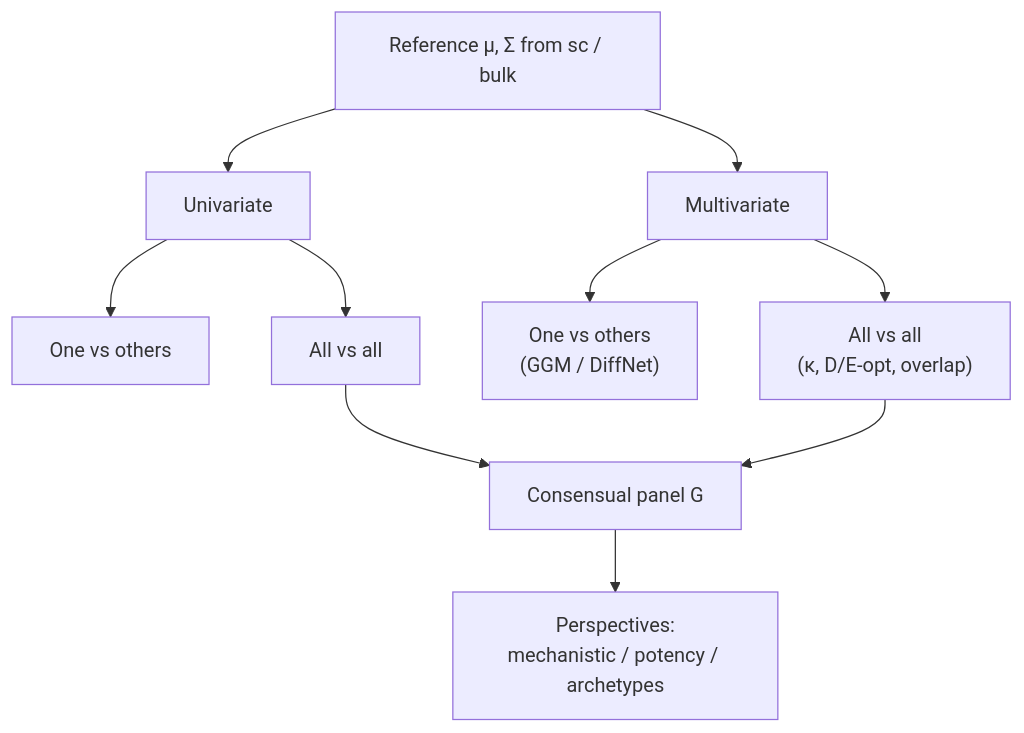
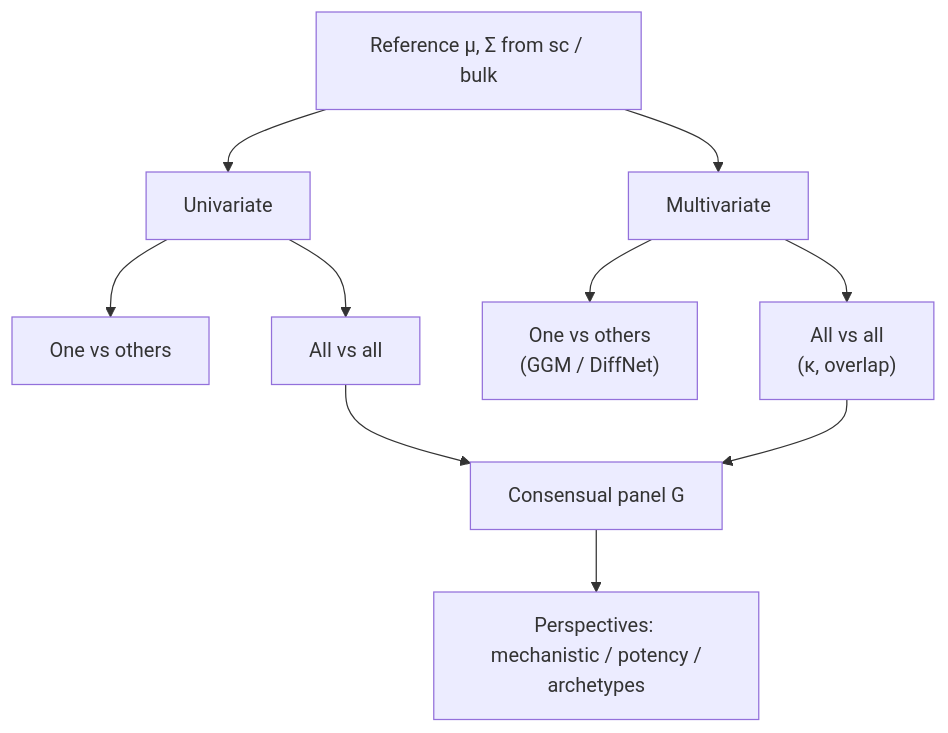
One commit to bastienchassagnol/DeCovarT changed the first of 2 diagrams in vignettes/feature-selection.qmd. Above: the diagram before and after it, drawn with Mermaid. The commit also changed other lines of this file and 3 other files, not shown here.

````diff
--- a/vignettes/feature-selection.qmd
+++ b/vignettes/feature-selection.qmd
@@ -71,15 +73,15 @@
 ```{mermaid}
 %%| label: fig-feature-selection-layout
 %%| fig-cap: "Layout of this vignette: univariate and multivariate selection, each split into one-versus-others then all-versus-all, followed by perspectives for continuous cell states."
 %%{init: {"theme": "sandstone"}}%%
 flowchart TD
   A["Reference μ, Σ from sc / bulk"] --> B["Univariate"]
   A --> C["Multivariate"]
   B --> B1["One vs others"]
   B --> B2["All vs all"]
-  C --> C1["One vs others\n(GGM / DiffNet)"]
-  C --> C2["All vs all\n(κ, D/E-opt, overlap)"]
+  C --> C1["One vs others <br/> (GGM / DiffNet)"]
+  C --> C2["All vs all <br/> (κ, overlap)"]
   B2 --> D["Consensual panel G"]
   C2 --> D
-  D --> E["Perspectives:\nmechanistic / potency / archetypes"]
+  D --> E["Perspectives: <br/> mechanistic / potency / archetypes"]
 ```
````
